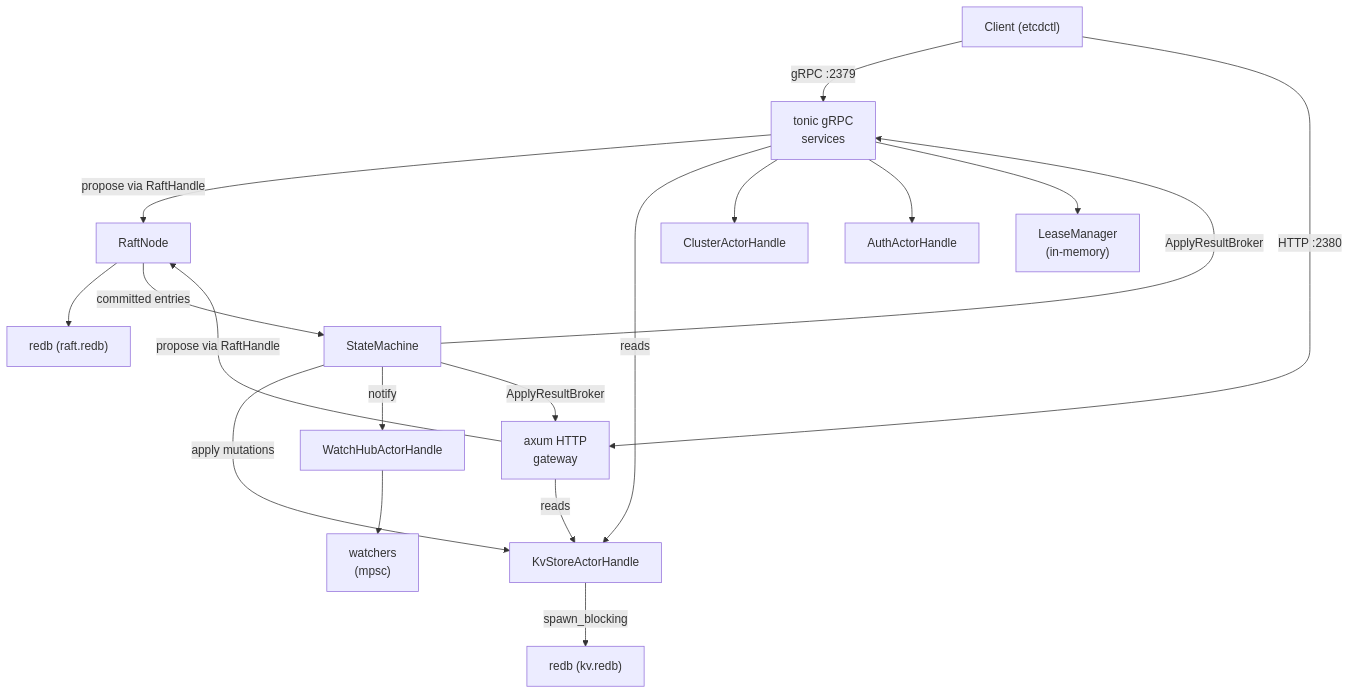
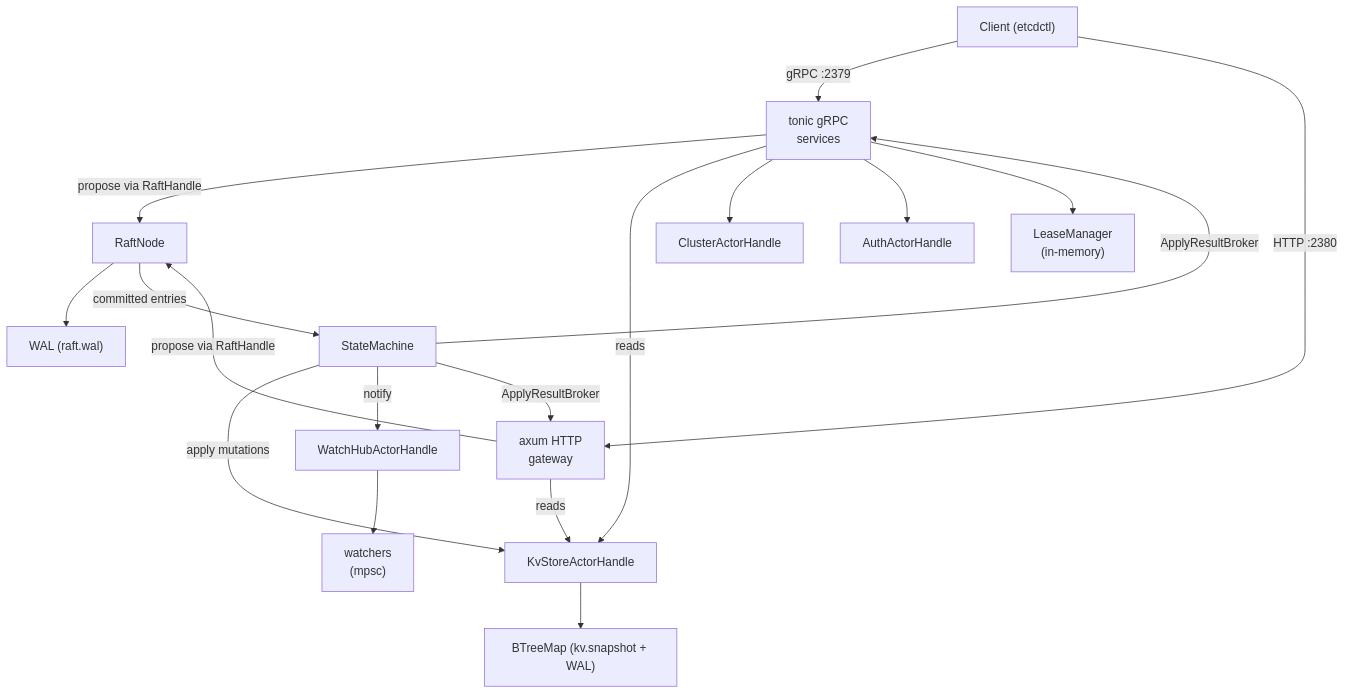
The ninth of 9 diagrams in docs/architecture.md (alexandernicholson/barkeeper), drawn with Mermaid before and after one commit. The commit also changed other lines of this file and 5 other files, not shown here.

First line of the commit message:
docs: update all documentation for in-memory KV store architecture

````diff
--- a/docs/architecture.md
+++ b/docs/architecture.md
@@ -550,21 +552,21 @@
 ```mermaid
 graph TD
     Client["Client (etcdctl)"]
     Client -->|"gRPC :2379"| GRPC["tonic gRPC<br>services"]
     Client -->|"HTTP :2380"| HTTP["axum HTTP<br>gateway"]
     GRPC -->|"propose via RaftHandle"| Raft["RaftNode"]
     HTTP -->|"propose via RaftHandle"| Raft
-    Raft --> RDB["redb (raft.redb)"]
+    Raft --> RDB["WAL (raft.wal)"]
     Raft -->|"committed entries"| SM["StateMachine"]
     SM -->|"apply mutations"| KVA["KvStoreActorHandle"]
     SM -->|"notify"| WHA["WatchHubActorHandle"]
     SM -->|"ApplyResultBroker"| GRPC
     SM -->|"ApplyResultBroker"| HTTP
-    KVA -->|"spawn_blocking"| KVDB["redb (kv.redb)"]
+    KVA --> KVDB["BTreeMap (kv.snapshot + WAL)"]
     WHA --> W["watchers<br>(mpsc)"]
     GRPC -->|"reads"| KVA
     HTTP -->|"reads"| KVA
     GRPC --> CA["ClusterActorHandle"]
     GRPC --> AA["AuthActorHandle"]
     GRPC --> LM["LeaseManager<br>(in-memory)"]
 ```
````
